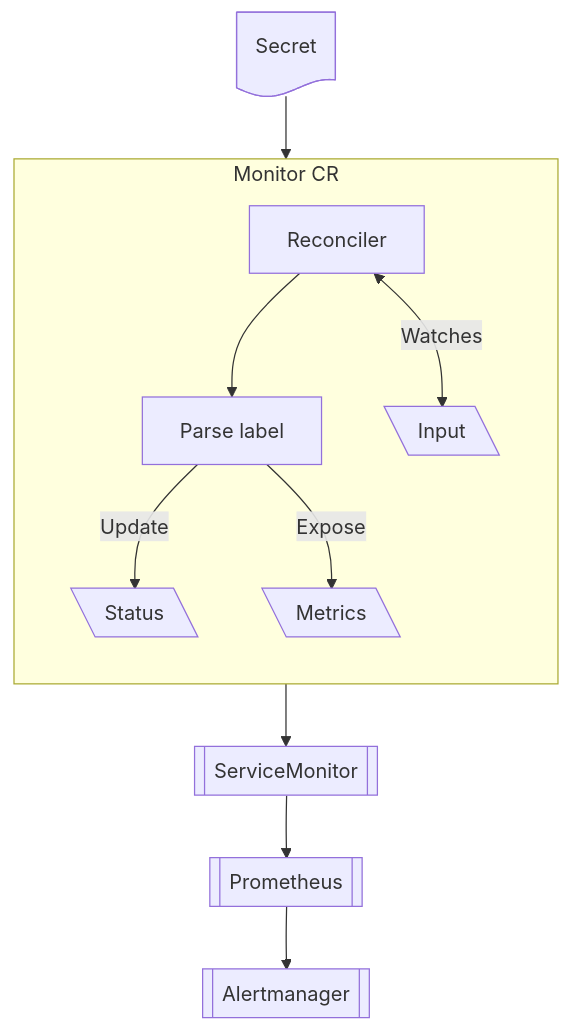
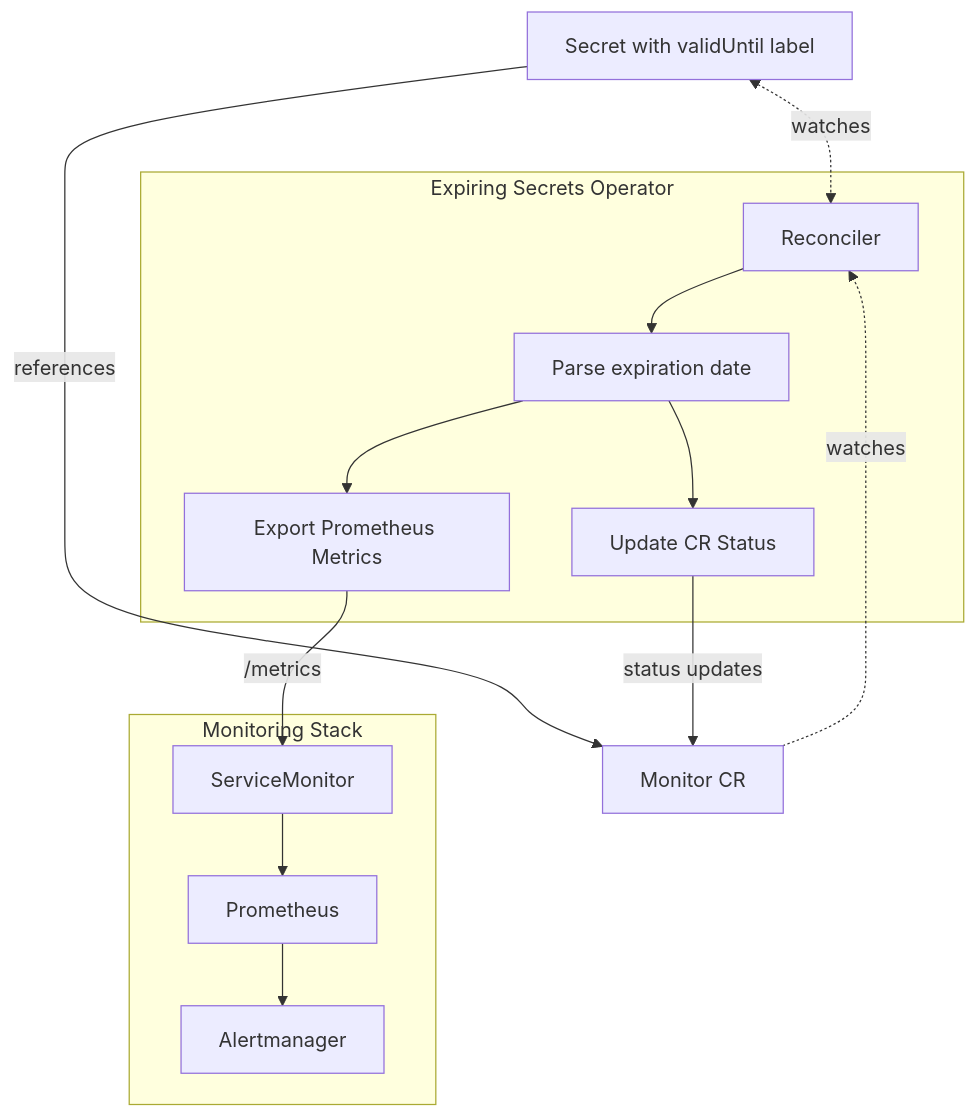
One commit to stakater/expiring-secret-operator changed the first of 2 diagrams in README.md. Above: the diagram before and after it, drawn with Mermaid. The commit also changed other lines of this file, not shown here.

Commit message:
apply valid mermaid diagram
add reconciliation flow

````diff
--- a/README.md
+++ b/README.md
@@ -148,31 +148,34 @@
 ```mermaid
-graph TD;
-    SECRET@{ shape: doc, label: "Secret"};
-
-    subgraph MCR[Monitor CR];
-      direction TD;
-
-      MCRRW[Reconciler];
-      MCRPAR[Parse label];
-
-      MCRSTATUS[\Status\];
-      MCRMETRIC[\Metrics\];
-
-      MCRINPUT[\Input\];
-
-      MCRRW --> MCRPAR;
-      MCRRW <-- Watches --> MCRINPUT;
-      MCRPAR -->|Update| MCRSTATUS;
-      MCRPAR -->|Expose| MCRMETRIC;
-    end;
-
-    SECRET --> MCRINPUT;
-
-    SM[[ServiceMonitor]];
-    PROM[[Prometheus]];
-    AM[[Alertmanager]];
-
-    MCRMETRIC --> SM;
-
-    SM --> PROM --> AM;
+graph TD
+    SECRET[Secret with validUntil label]
+    MONITOR_CR[Monitor CR]
+    
+    subgraph OPERATOR[Expiring Secrets Operator]
+        RECONCILER[Reconciler]
+        PARSER[Parse expiration date]
+        STATUS_UPDATER[Update CR Status]
+        METRICS_EXPORTER[Export Prometheus Metrics]
+        
+        RECONCILER --> PARSER
+        PARSER --> STATUS_UPDATER
+        PARSER --> METRICS_EXPORTER
+    end
+    
+    subgraph MONITORING[Monitoring Stack]
+        SM[ServiceMonitor] 
+        PROM[Prometheus]
+        AM[Alertmanager]
+        
+        SM --> PROM
+        PROM --> AM
+    end
+    
+    %% Watch relationships
+    SECRET <-.->|watches| RECONCILER
+    MONITOR_CR -.->|watches| RECONCILER
+    
+    %% Data flow
+    SECRET -->|references| MONITOR_CR
+    STATUS_UPDATER -->|status updates| MONITOR_CR
+    METRICS_EXPORTER -->|/metrics| SM
 ```
````
